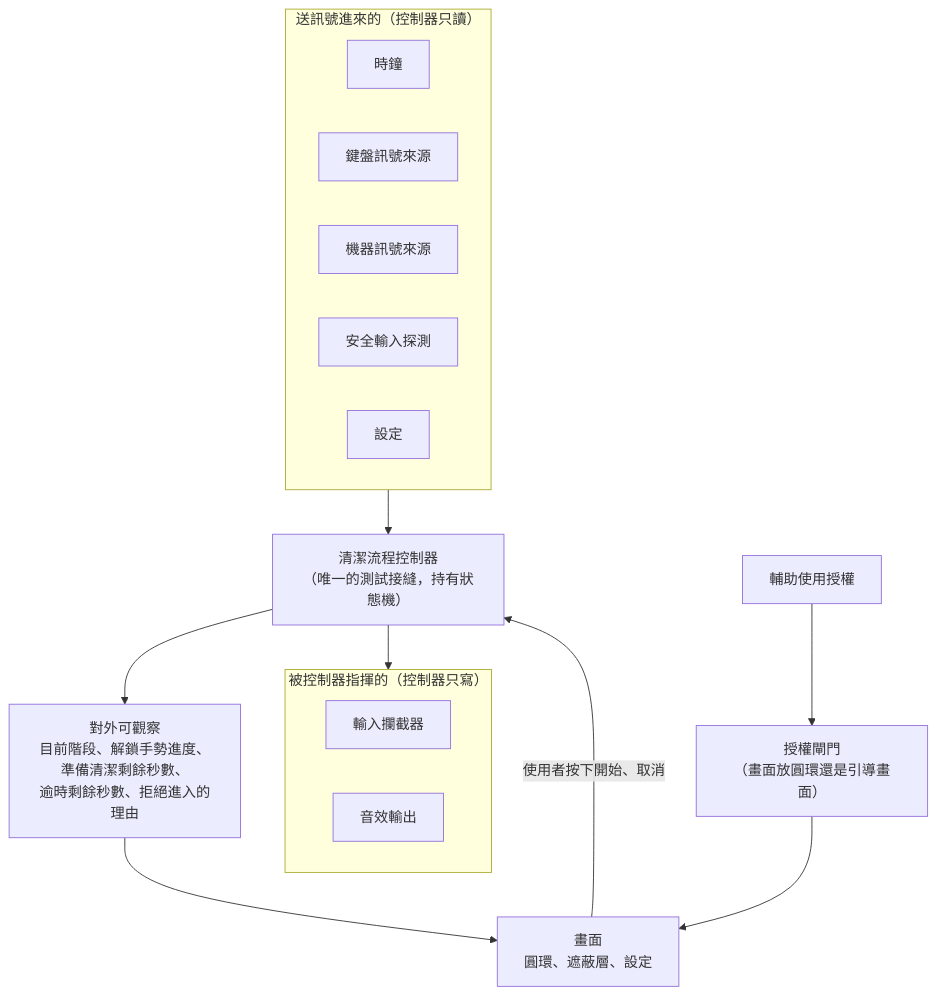
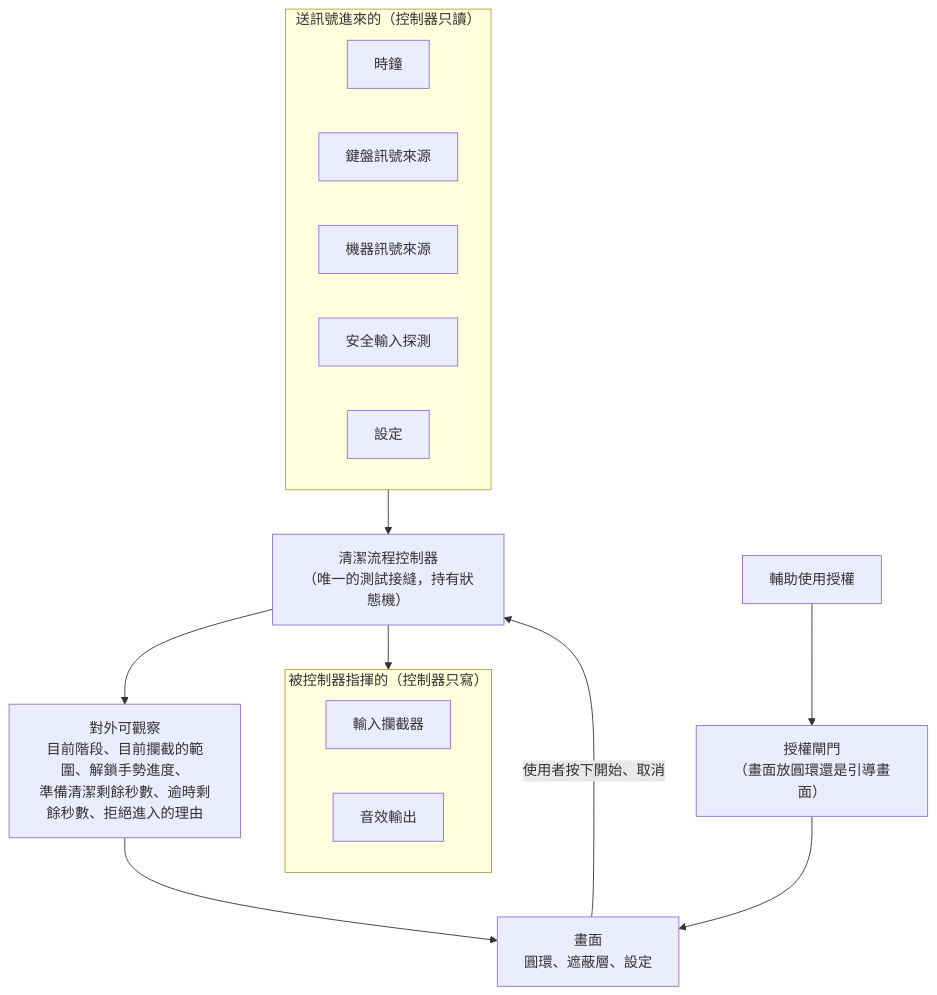
Before and after one commit to GOP9632/CleanMacKeyboard: the diagram in docs/seams.md, drawn with Mermaid. The commit also changed other lines of this file and 12 other files, not shown here.

````diff
--- a/docs/seams.md
+++ b/docs/seams.md
@@ -31,30 +31,30 @@
 ```mermaid
 flowchart TD
     UI["畫面<br/>圓環、遮蔽層、設定"]
 
     subgraph inputs["送訊號進來的（控制器只讀）"]
         CLOCK["時鐘"]
         KEY["鍵盤訊號來源"]
         MACHINE["機器訊號來源"]
         SECURE["安全輸入探測"]
         PREFS["設定"]
     end
 
     CTRL["清潔流程控制器<br/>（唯一的測試接縫，持有狀態機）"]
 
     subgraph outputs["被控制器指揮的（控制器只寫）"]
         TAP["輸入攔截器"]
         SOUND["音效輸出"]
     end
 
-    OBS["對外可觀察<br/>目前階段、解鎖手勢進度、準備清潔剩餘秒數、<br/>逾時剩餘秒數、拒絕進入的理由"]
+    OBS["對外可觀察<br/>目前階段、目前攔截的範圍、解鎖手勢進度、<br/>準備清潔剩餘秒數、逾時剩餘秒數、拒絕進入的理由"]
 
     AUTH["輔助使用授權"] --> GATE["授權閘門<br/>（畫面放圓環還是引導畫面）"]
 
     UI -->|使用者按下開始、取消| CTRL
     inputs --> CTRL
     CTRL --> outputs
     CTRL --> OBS
     OBS --> UI
     GATE --> UI
 ```
````
